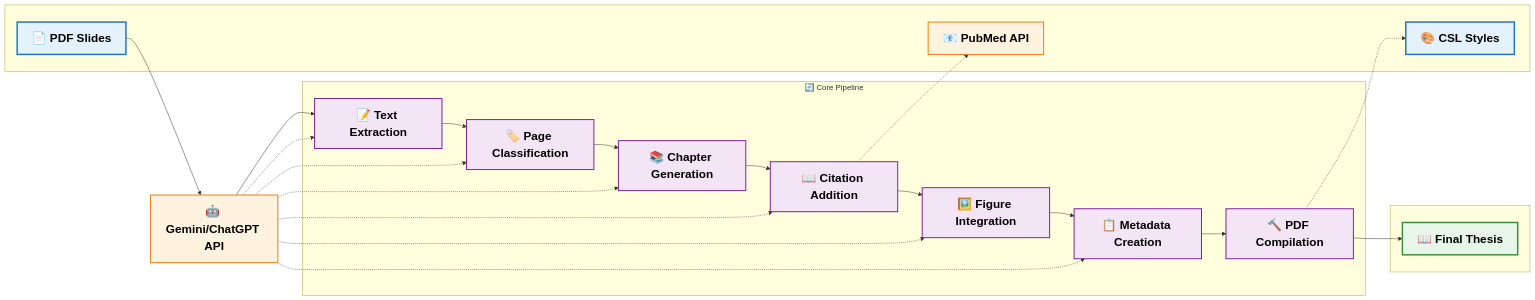
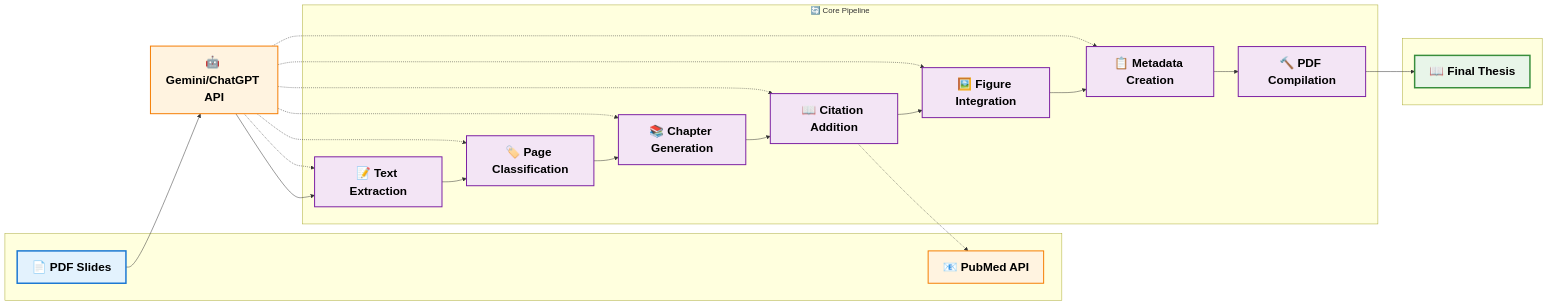
One commit to ythuang0522/Slide2Thesis changed the diagram in README.md. Above: the diagram before and after it, drawn with Mermaid. The commit also changed other lines of this file and 14 other files, not shown here.

Commit message:
feat: Complete bibliography and formatting overhaul with Chinese support - Replace CSL with natbib, fix citation/figure spacing, add Chinese abstracts and acknowledgements with xeCJK support

````diff
--- a/README.md
+++ b/README.md
@@ -18,51 +18,49 @@
 ```mermaid
 flowchart LR
     A[📄 PDF Slides] --> B[🤖 Gemini/ChatGPT API]
     B --> C[📝 Text Extraction]
     C --> D[🏷️ Page Classification]
     D --> E[📚 Chapter Generation]
     E --> F[📖 Citation Addition]
     F --> G[🖼️ Figure Integration]
     G --> H[📋 Metadata Creation]
     H --> I[🔨 PDF Compilation]
     I --> J[📖 Final Thesis]
 
     subgraph inputs [" "]
         A
         K[📧 PubMed API]
-        L[🎨 CSL Styles]
     end
 
     subgraph processing ["🔄 Core Pipeline"]
         C
         D
         E
         F
         G
         H
         I
     end
 
     subgraph outputs [" "]
         J
     end
 
     F -.-> K
-    I -.-> L
     B -.-> C
     B -.-> D
     B -.-> E
     B -.-> F
     B -.-> G
     B -.-> H
 
     classDef inputStyle fill:#e3f2fd,stroke:#1976d2,stroke-width:3px,color:#000,font-size:24px,font-weight:bold
     classDef processStyle fill:#f3e5f5,stroke:#7b1fa2,stroke-width:2px,color:#000,font-size:24px,font-weight:bold
     classDef outputStyle fill:#e8f5e9,stroke:#388e3c,stroke-width:3px,color:#000,font-size:24px,font-weight:bold
     classDef apiStyle fill:#fff3e0,stroke:#f57c00,stroke-width:2px,color:#000,font-size:24px,font-weight:bold
 
-    class A,L inputStyle
+    class A inputStyle
     class C,D,E,F,G,H,I processStyle
     class J outputStyle
     class B,K apiStyle
 ```
````
